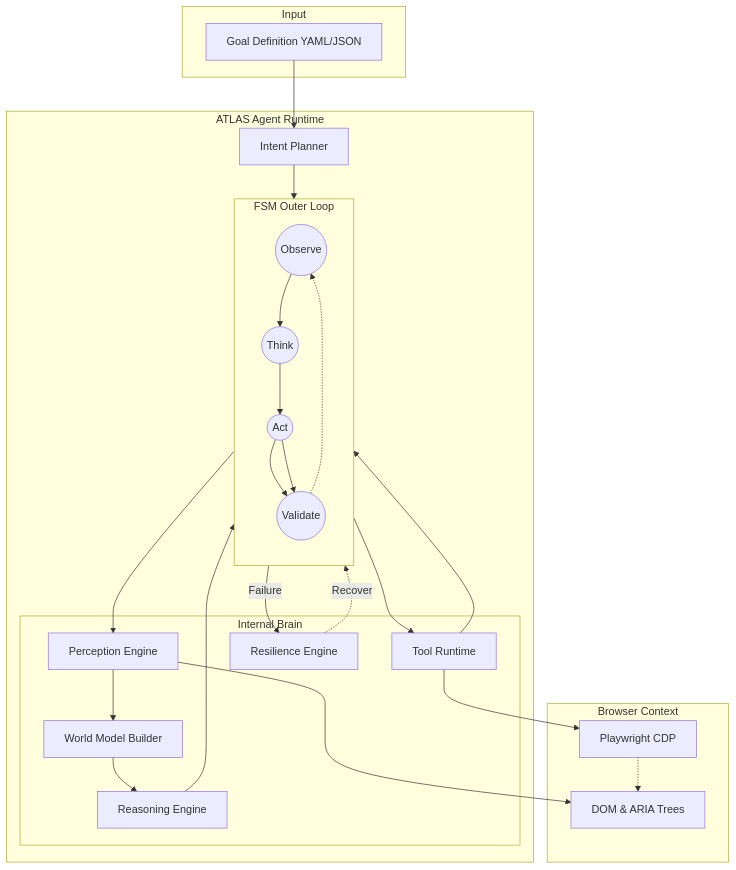
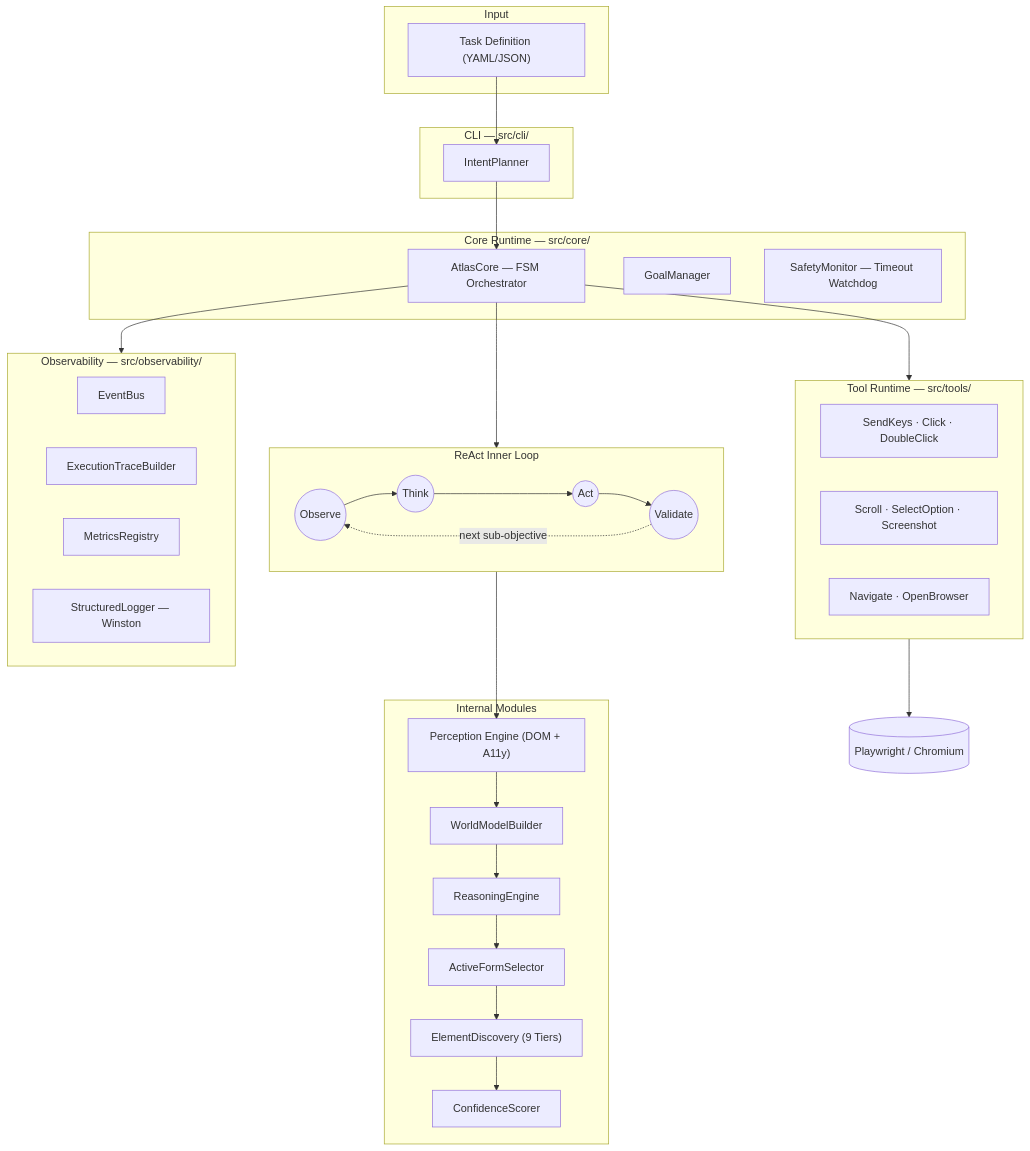
One commit to Ujjwaljain16/ATLAS changed the first of 3 diagrams in readme.md. Above: the diagram before and after it, drawn with Mermaid. The commit also changed other lines of this file and 30 other files, not shown here.

````diff
--- a/readme.md
+++ b/readme.md
@@ -210,48 +99,53 @@
 ```mermaid
-graph TD
+flowchart TD
     subgraph Input
-        A[Goal Definition YAML/JSON]
+        A["Task Definition (YAML/JSON)"]
     end
 
-    subgraph ATLAS Agent Runtime
-        B[Intent Planner]
-        
-        subgraph FSM Outer Loop
-            direction TB
-            C((Observe)) --> D((Think))
-            D --> E((Act))
-            E --> F((Validate))
-            F -.-> C
-        end
-        
-        subgraph Internal Brain
-            G[Perception Engine]
-            H[World Model Builder]
-            I[Reasoning Engine]
-            J[Tool Runtime]
-            K[Resilience Engine]
-        end
-        
-        B --> C
-        
-        C --> G
-        G --> H
-        H --> I
-        I --> D
-        D --> J
-        J --> E
-        E --> F
-        F -->|Failure| K
-        K -.->|Recover| C
+    subgraph CLI ["CLI — src/cli/"]
+        B[IntentPlanner]
     end
 
-    subgraph Browser Context
-        L[Playwright CDP]
-        M[DOM & ARIA Trees]
+    subgraph Core ["Core Runtime — src/core/"]
+        C[AtlasCore — FSM Orchestrator]
+        D[GoalManager]
+        E[SafetyMonitor — Timeout Watchdog]
     end
 
-    A --> B
-    J --> L
-    G --> M
-    L -.-> M
+    subgraph InnerLoop ["ReAct Inner Loop"]
+        direction LR
+        F((Observe)) --> G((Think))
+        G --> H((Act))
+        H --> I((Validate))
+        I -.->|next sub-objective| F
+    end
+
+    subgraph Brain ["Internal Modules"]
+        J["Perception Engine (DOM + A11y)"]
+        K[WorldModelBuilder]
+        L[ReasoningEngine]
+        M["ActiveFormSelector"]
+        N["ElementDiscovery (9 Tiers)"]
+        O[ConfidenceScorer]
+    end
+
+    subgraph Tools ["Tool Runtime — src/tools/"]
+        P[SendKeys · Click · DoubleClick]
+        Q[Scroll · SelectOption · Screenshot]
+        R[Navigate · OpenBrowser]
+    end
+
+    subgraph Observability ["Observability — src/observability/"]
+        S[EventBus]
+        T[ExecutionTraceBuilder]
+        U[MetricsRegistry]
+        V[StructuredLogger — Winston]
+    end
+
+    A --> B --> C
+    C --> InnerLoop
+    F --> J --> K --> L
+    L --> M --> N --> O
+    C --> Tools --> Browser[(Playwright / Chromium)]
+    C --> Observability
 ```
````
